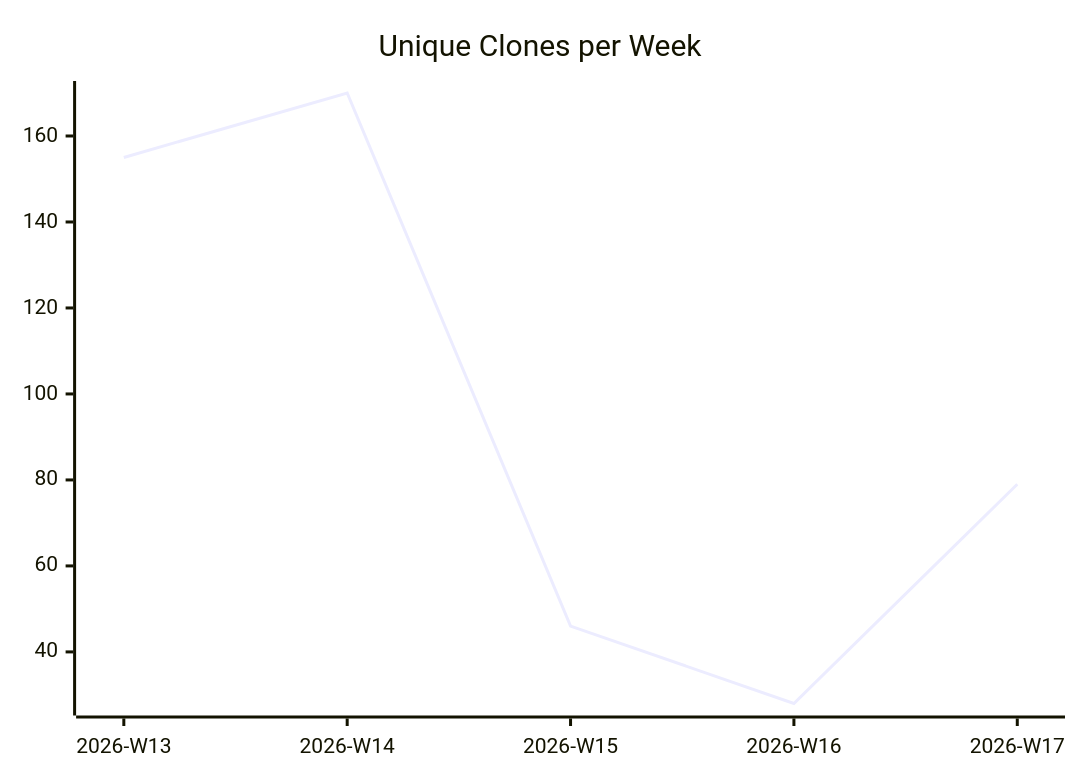
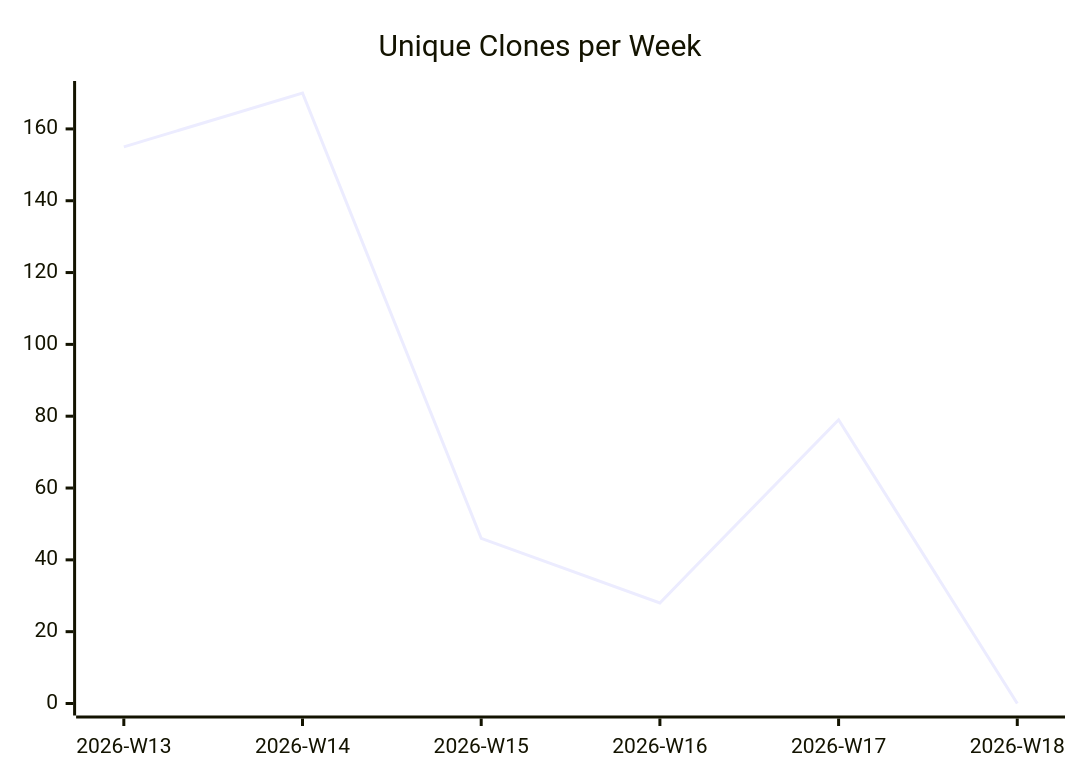
The third of 3 diagrams in karlmdavis/justdavis-finances/README.md (justdavis-family/github-analytics-data), drawn with Mermaid before and after one commit. The commit also changed other lines of this file and 184 other files, not shown here.

````diff
--- a/karlmdavis/justdavis-finances/README.md
+++ b/karlmdavis/justdavis-finances/README.md
@@ -19,6 +19,6 @@
 ```mermaid
 xychart-beta
   title "Unique Clones per Week"
-  x-axis ["2026-W13", "2026-W14", "2026-W15", "2026-W16", "2026-W17"]
-  line [155, 170, 46, 28, 79]
+  x-axis ["2026-W13", "2026-W14", "2026-W15", "2026-W16", "2026-W17", "2026-W18"]
+  line [155, 170, 46, 28, 79, 0]
 ```
````
